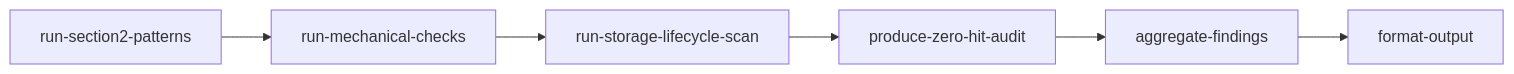
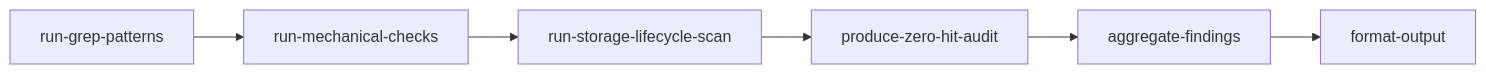
One commit to m2ux/workflow-server changed the fourth of 6 diagrams in substrate-node-security-audit/README.md. Above: the diagram before and after it, drawn with Mermaid. The commit also changed other lines of this file and 14 other files, not shown here.

````diff
--- a/substrate-node-security-audit/README.md
+++ b/substrate-node-security-audit/README.md
@@ -169,8 +171,8 @@
 ```mermaid
 graph LR
-    SA1["run-section2-patterns"] --> SA2[run-mechanical-checks]
+    SA1["run-grep-patterns"] --> SA2[run-mechanical-checks]
     SA2 --> SA3[run-storage-lifecycle-scan]
     SA3 --> SA4[produce-zero-hit-audit]
     SA4 --> SA5[aggregate-findings]
     SA5 --> SA6[format-output]
 ```
````
